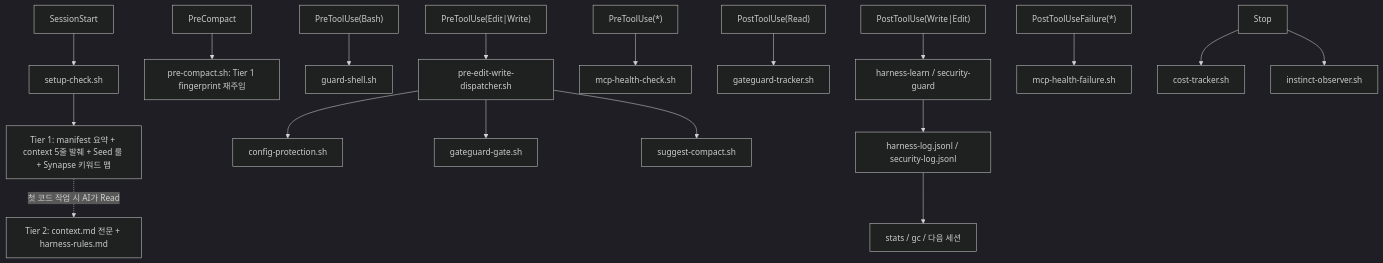
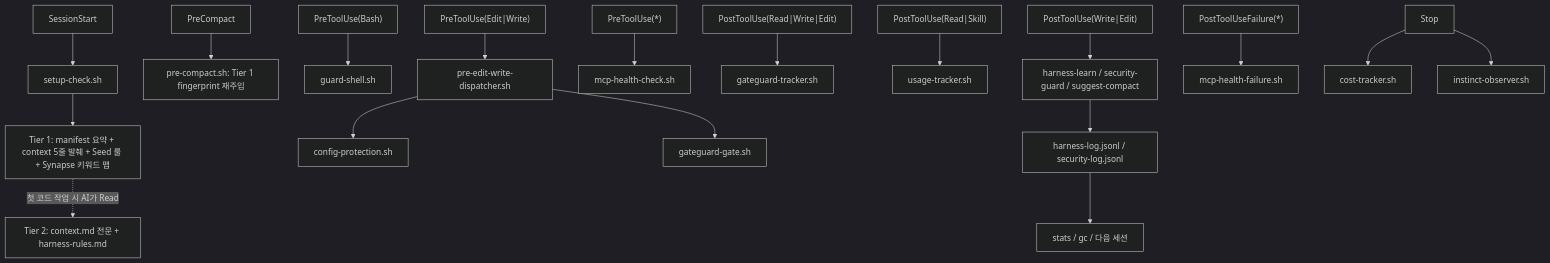
The diagram in docs/04-주요-기능.md (Jimmy-Jung/ai-symbiote), drawn with Mermaid (dark theme) before and after one commit. The commit also changed other lines of this file and 23 other files, not shown here.

````diff
--- a/docs/04-주요-기능.md
+++ b/docs/04-주요-기능.md
@@ -10,25 +10,25 @@
 ```mermaid
 flowchart TD
     A["SessionStart"] --> B["setup-check.sh"]
     B --> T1["Tier 1: manifest 요약 + context 5줄 발췌 + Seed 룰 + Synapse 키워드 맵"]
     T1 -.->|"첫 코드 작업 시 AI가 Read"| T2["Tier 2: context.md 전문 + harness-rules.md"]
 
     C["PreCompact"] --> PC["pre-compact.sh: Tier 1 fingerprint 재주입"]
 
     D["PreToolUse(Bash)"] --> E["guard-shell.sh"]
     D2["PreToolUse(Edit|Write)"] --> DISP["pre-edit-write-dispatcher.sh"]
     DISP --> CP["config-protection.sh"]
     DISP --> GG["gateguard-gate.sh"]
-    DISP --> SC["suggest-compact.sh"]
     D3["PreToolUse(*)"] --> MH["mcp-health-check.sh"]
 
-    F["PostToolUse(Read)"] --> GT["gateguard-tracker.sh"]
-    F2["PostToolUse(Write|Edit)"] --> G["harness-learn / security-guard"]
-    F3["PostToolUseFailure(*)"] --> MF["mcp-health-failure.sh"]
+    F["PostToolUse(Read|Write|Edit)"] --> GT["gateguard-tracker.sh"]
+    F2["PostToolUse(Read|Skill)"] --> UT["usage-tracker.sh"]
+    F3["PostToolUse(Write|Edit)"] --> G["harness-learn / security-guard / suggest-compact"]
+    F4["PostToolUseFailure(*)"] --> MF["mcp-health-failure.sh"]
 
     S["Stop"] --> CT["cost-tracker.sh"]
     S --> IO["instinct-observer.sh"]
 
     G --> H["harness-log.jsonl / security-log.jsonl"]
     H --> I["stats / gc / 다음 세션"]
 ```
````
